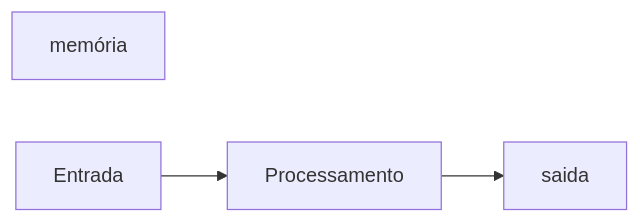
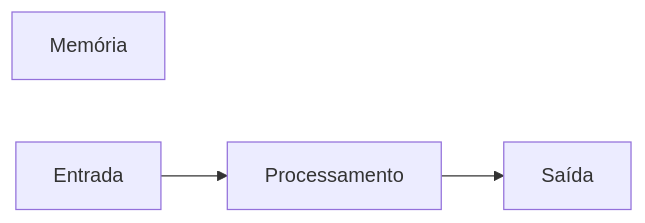
The diagram in README.md (anas1lv4/JavaScript), drawn with Mermaid before and after one commit. The commit also changed other lines of this file, not shown here.

````diff
--- a/README.md
+++ b/README.md
@@ -15,5 +15,5 @@
 ```mermaid
 graph LR
-memória
-Entrada --> Processamento --> saida
+Memória
+Entrada --> Processamento --> Saída
 ```
````
